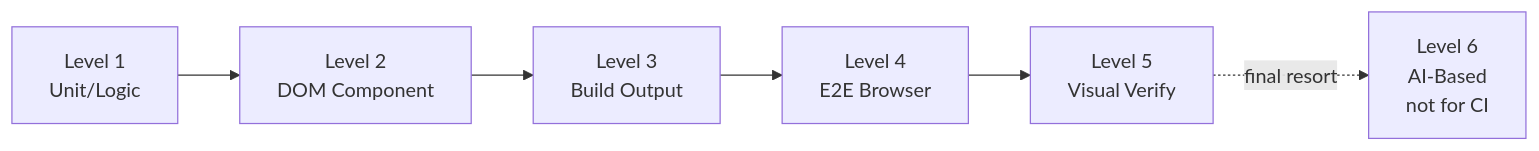
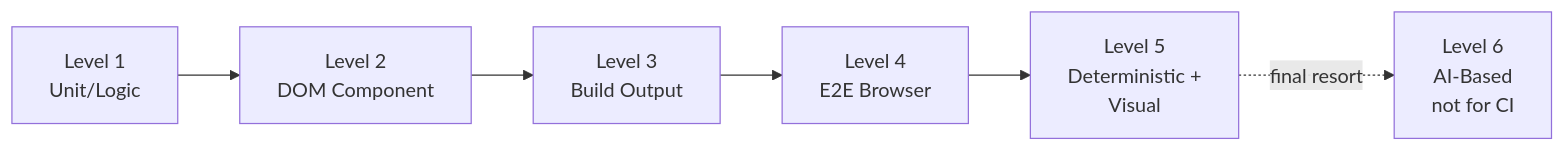
Before and after one commit to Takazudo/zudo-test-wisdom: the diagram in src/content/docs-ja/testing-levels/levels-overview.mdx, drawn with Mermaid. The commit also changed other lines of this file and 7 other files, not shown here.

````diff
--- a/src/content/docs-ja/testing-levels/levels-overview.mdx
+++ b/src/content/docs-ja/testing-levels/levels-overview.mdx
@@ -11,8 +11,8 @@
 ```mermaid
 graph LR
   L1[Level 1<br/>Unit/Logic] --> L2[Level 2<br/>DOM Component]
   L2 --> L3[Level 3<br/>Build Output]
   L3 --> L4[Level 4<br/>E2E Browser]
-  L4 --> L5[Level 5<br/>Visual Verify]
+  L4 --> L5[Level 5<br/>Deterministic +<br/>Visual]
   L5 -. final resort .-> L6[Level 6<br/>AI-Based<br/>not for CI]
 ```
````
